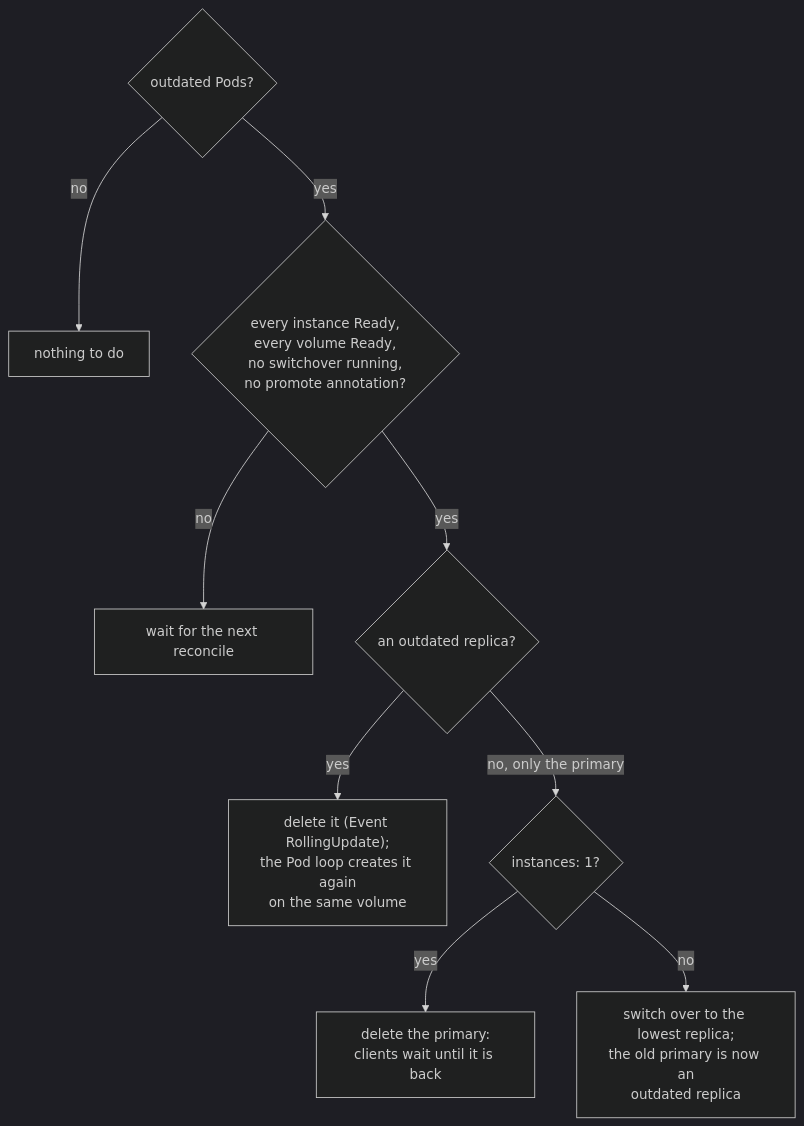
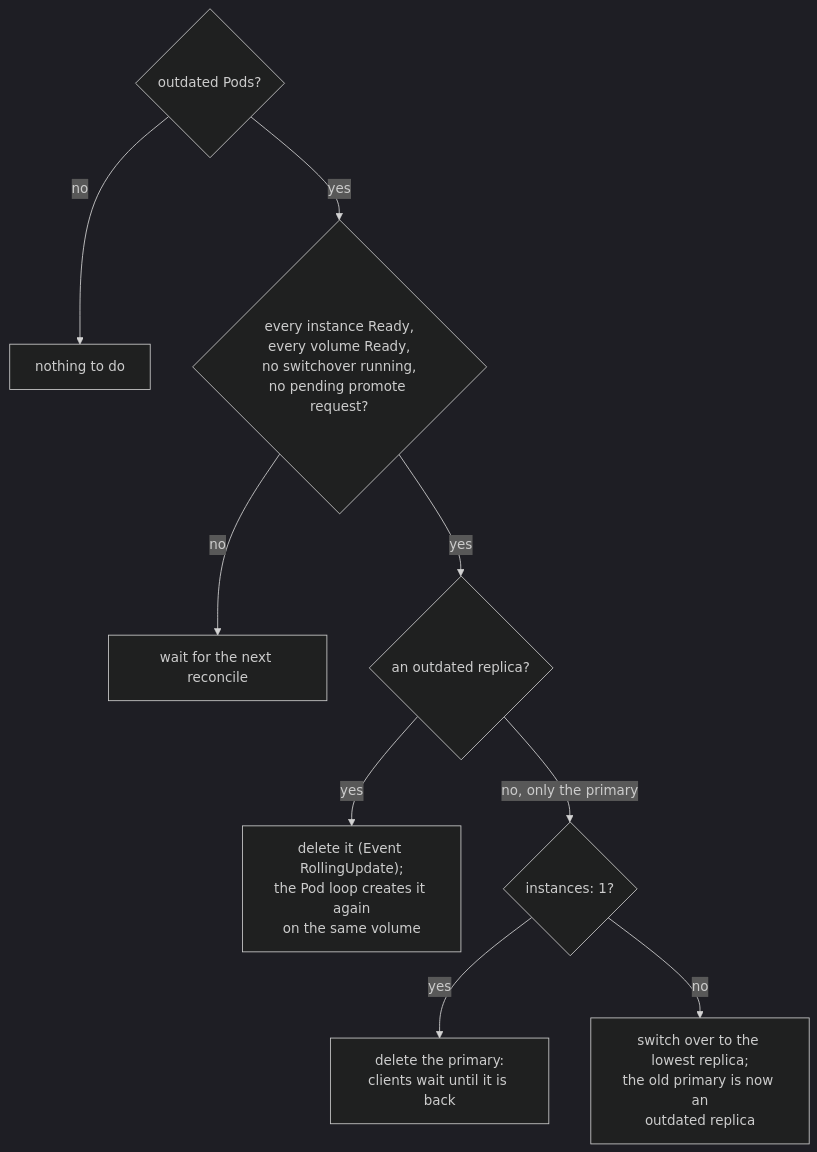
One commit to MrPickle311/redis-operator changed the sixth of 7 diagrams in docs/architecture.md. Above: the diagram before and after it, drawn with Mermaid (dark theme). The commit also changed other lines of this file and 16 other files, not shown here.

````diff
--- a/docs/architecture.md
+++ b/docs/architecture.md
@@ -413,11 +441,11 @@
 ```mermaid
 flowchart TD
     A{"outdated Pods?"} -->|no| Z["nothing to do"]
-    A -->|yes| B{"every instance Ready,<br/>every volume Ready,<br/>no switchover running,<br/>no promote annotation?"}
+    A -->|yes| B{"every instance Ready,<br/>every volume Ready,<br/>no switchover running,<br/>no pending promote request?"}
     B -->|no| W["wait for the next reconcile"]
     B -->|yes| C{"an outdated replica?"}
     C -->|yes| D["delete it (Event RollingUpdate);<br/>the Pod loop creates it again<br/>on the same volume"]
     C -->|"no, only the primary"| E{"instances: 1?"}
     E -->|yes| F["delete the primary:<br/>clients wait until it is back"]
     E -->|no| G["switch over to the lowest replica;<br/>the old primary is now an<br/>outdated replica"]
 ```
````
